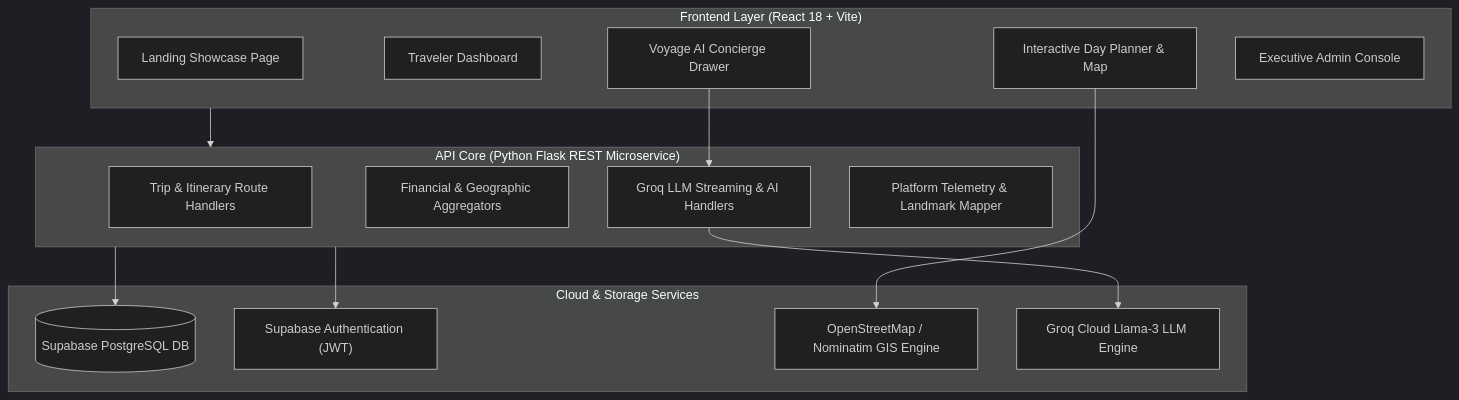
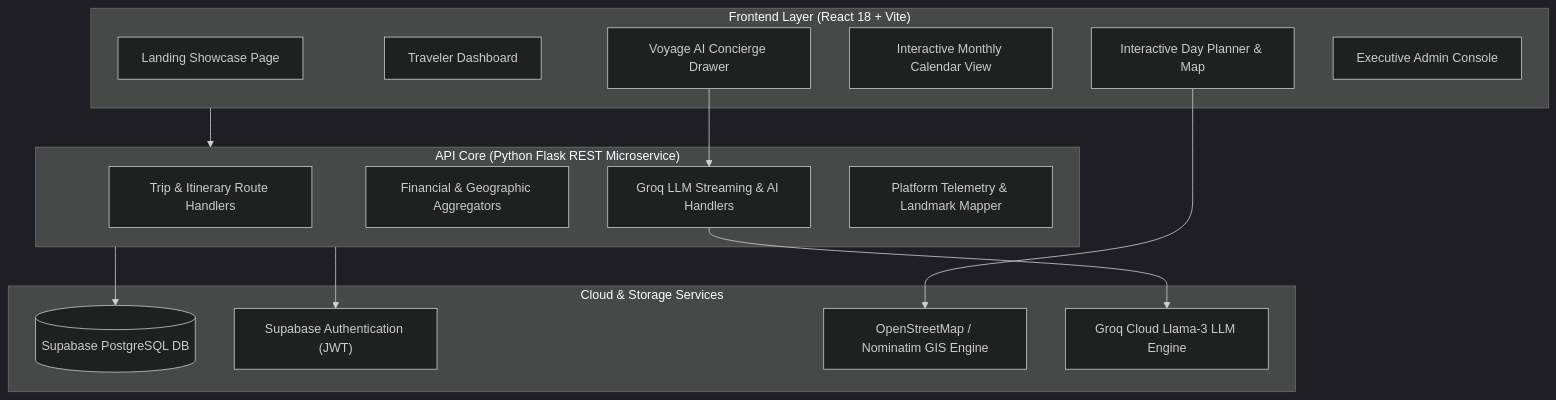
The diagram in README.md (Solivagus17/globetrotter), drawn with Mermaid (dark theme) before and after one commit. The commit also changed other lines of this file and 8 other files, not shown here.

````diff
--- a/README.md
+++ b/README.md
@@ -71,31 +131,32 @@
 ```mermaid
 flowchart TD
     subgraph Client["Frontend Layer (React 18 + Vite)"]
         Landing["Landing Showcase Page"]
         Dashboard["Traveler Dashboard"]
         Planner["Interactive Day Planner & Map"]
+        Calendar["Interactive Monthly Calendar View"]
         AI["Voyage AI Concierge Drawer"]
         Admin["Executive Admin Console"]
     end
 
     subgraph Server["API Core (Python Flask REST Microservice)"]
         TripRoutes["Trip & Itinerary Route Handlers"]
         AnalyticsEngine["Financial & Geographic Aggregators"]
         AIRoutes["Groq LLM Streaming & AI Handlers"]
         AdminService["Platform Telemetry & Landmark Mapper"]
     end
 
     subgraph Data["Cloud & Storage Services"]
         SupabaseDB[("Supabase PostgreSQL DB")]
         SupabaseAuth["Supabase Authentication (JWT)"]
         OSM["OpenStreetMap / Nominatim GIS Engine"]
         GroqCloud["Groq Cloud Llama-3 LLM Engine"]
     end
 
     Client --> Server
     Planner --> OSM
     AI --> AIRoutes
     Server --> SupabaseDB
     Server --> SupabaseAuth
     AIRoutes --> GroqCloud
 ```
````
